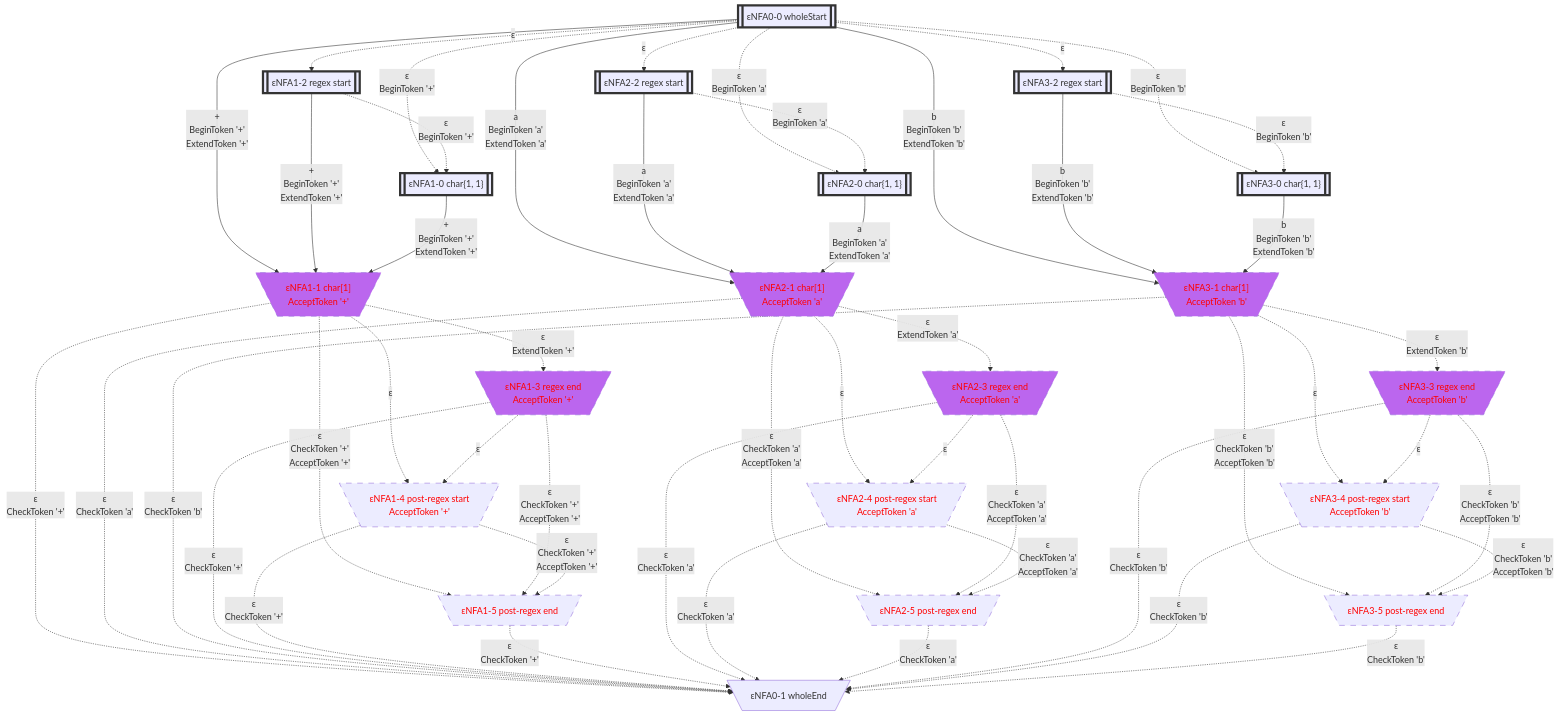
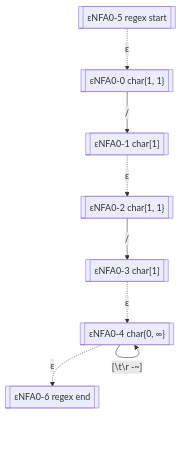
Before and after one commit to bitzhuwei/GrammarMentor: the ninth of 17 diagrams in Practices/Practice.GeneratedXxxFormat.Test/GeneratedABB/LexicalAnalyzer/README.gen.md, drawn with Mermaid. The commit also changed other lines of this file and 3868 other files, not shown here.

````diff
--- a/Practices/Practice.GeneratedXxxFormat.Test/GeneratedABB/LexicalAnalyzer/README.gen.md
+++ b/Practices/Practice.GeneratedXxxFormat.Test/GeneratedABB/LexicalAnalyzer/README.gen.md
@@ -282,158 +278,18 @@
 classDef c1101 stroke:#333,stroke-width:4px,fill:#BB66EE,color:#FF0000;
 classDef c1110 stroke:#333,stroke-width:4px,fill:#BB66EE,stroke-dasharray: 10 10;
 classDef c1111 stroke:#333,stroke-width:4px,fill:#BB66EE,stroke-dasharray: 10 10,color:#FF0000;
-eNFA0_0_16578980[["εNFA0-0 wholeStart"]]
-class eNFA0_0_16578980 c1000;
-eNFA1_2_720107[["εNFA1-2 regex start"]]
-class eNFA1_2_720107 c1000;
-eNFA2_2_14993092[["εNFA2-2 regex start"]]
-class eNFA2_2_14993092 c1000;
-eNFA3_2_6480969[["εNFA3-2 regex start"]]
-class eNFA3_2_6480969 c1000;
-eNFA1_0_40041277[["εNFA1-0 char{1, 1}"]]
-class eNFA1_0_40041277 c1000;
-eNFA2_0_46729429[["εNFA2-0 char{1, 1}"]]
-class eNFA2_0_46729429 c1000;
-eNFA3_0_38496415[["εNFA3-0 char{1, 1}"]]
-class eNFA3_0_38496415 c1000;
-eNFA1_1_24827179[\"εNFA1-1 char[1]
-AcceptToken '+'"/]
-class eNFA1_1_24827179 c0111;
-eNFA2_1_17911681[\"εNFA2-1 char[1]
-AcceptToken 'a'"/]
-class eNFA2_1_17911681 c0111;
-eNFA3_1_10923418[\"εNFA3-1 char[1]
-AcceptToken 'b'"/]
-class eNFA3_1_10923418 c0111;
-eNFA1_3_22118023[\"εNFA1-3 regex end
-AcceptToken '+'"/]
-class eNFA1_3_22118023 c0111;
-eNFA1_4_64844482[\"εNFA1-4 post-regex start
-AcceptToken '+'"/]
-class eNFA1_4_64844482 c0011;
-eNFA1_5_27006480[\"εNFA1-5 post-regex end"/]
-class eNFA1_5_27006480 c0011;
-eNFA0_1_55196503[\"εNFA0-1 wholeEnd"/]
-eNFA2_3_26987408[\"εNFA2-3 regex end
-AcceptToken 'a'"/]
-class eNFA2_3_26987408 c0111;
-eNFA2_4_41560081[\"εNFA2-4 post-regex start
-AcceptToken 'a'"/]
-class eNFA2_4_41560081 c0011;
-eNFA2_5_58328727[\"εNFA2-5 post-regex end"/]
-class eNFA2_5_58328727 c0011;
-eNFA3_3_31201899[\"εNFA3-3 regex end
-AcceptToken 'b'"/]
-class eNFA3_3_31201899 c0111;
-eNFA3_4_12381635[\"εNFA3-4 post-regex start
-AcceptToken 'b'"/]
-class eNFA3_4_12381635 c0011;
-eNFA3_5_41731733[\"εNFA3-5 post-regex end"/]
-class eNFA3_5_41731733 c0011;
-eNFA0_0_16578980 -.->|"ε"|eNFA1_2_720107
-eNFA0_0_16578980 -.->|"ε"|eNFA2_2_14993092
-eNFA0_0_16578980 -.->|"ε"|eNFA3_2_6480969
-eNFA0_0_16578980 -.->|"ε
-BeginToken '+'"|eNFA1_0_40041277
-eNFA0_0_16578980 -.->|"ε
-BeginToken 'a'"|eNFA2_0_46729429
-eNFA0_0_16578980 -.->|"ε
-BeginToken 'b'"|eNFA3_0_38496415
-eNFA0_0_16578980 -->|"+
-BeginToken '+'
-ExtendToken '+'"|eNFA1_1_24827179
-eNFA0_0_16578980 -->|"a
-BeginToken 'a'
-ExtendToken 'a'"|eNFA2_1_17911681
-eNFA0_0_16578980 -->|"b
-BeginToken 'b'
-ExtendToken 'b'"|eNFA3_1_10923418
-eNFA1_2_720107 -.->|"ε
-BeginToken '+'"|eNFA1_0_40041277
-eNFA1_2_720107 -->|"+
-BeginToken '+'
-ExtendToken '+'"|eNFA1_1_24827179
-eNFA2_2_14993092 -.->|"ε
-BeginToken 'a'"|eNFA2_0_46729429
-eNFA2_2_14993092 -->|"a
-BeginToken 'a'
-ExtendToken 'a'"|eNFA2_1_17911681
-eNFA3_2_6480969 -.->|"ε
-BeginToken 'b'"|eNFA3_0_38496415
-eNFA3_2_6480969 -->|"b
-BeginToken 'b'
-ExtendToken 'b'"|eNFA3_1_10923418
-eNFA1_0_40041277 -->|"+
-BeginToken '+'
-ExtendToken '+'"|eNFA1_1_24827179
-eNFA2_0_46729429 -->|"a
-BeginToken 'a'
-ExtendToken 'a'"|eNFA2_1_17911681
-eNFA3_0_38496415 -->|"b
-BeginToken 'b'
-ExtendToken 'b'"|eNFA3_1_10923418
-eNFA1_1_24827179 -.->|"ε
-ExtendToken '+'"|eNFA1_3_22118023
-eNFA1_1_24827179 -.->|"ε"|eNFA1_4_64844482
-eNFA1_1_24827179 -.->|"ε
-CheckToken '+'
-AcceptToken '+'"|eNFA1_5_27006480
-eNFA1_1_24827179 -.->|"ε
-CheckToken '+'"|eNFA0_1_55196503
-eNFA2_1_17911681 -.->|"ε
-ExtendToken 'a'"|eNFA2_3_26987408
-eNFA2_1_17911681 -.->|"ε"|eNFA2_4_41560081
-eNFA2_1_17911681 -.->|"ε
-CheckToken 'a'
-AcceptToken 'a'"|eNFA2_5_58328727
-eNFA2_1_17911681 -.->|"ε
-CheckToken 'a'"|eNFA0_1_55196503
-eNFA3_1_10923418 -.->|"ε
-ExtendToken 'b'"|eNFA3_3_31201899
-eNFA3_1_10923418 -.->|"ε"|eNFA3_4_12381635
-eNFA3_1_10923418 -.->|"ε
-CheckToken 'b'
-AcceptToken 'b'"|eNFA3_5_41731733
-eNFA3_1_10923418 -.->|"ε
-CheckToken 'b'"|eNFA0_1_55196503
-eNFA1_3_22118023 -.->|"ε"|eNFA1_4_64844482
-eNFA1_3_22118023 -.->|"ε
-CheckToken '+'
-AcceptToken '+'"|eNFA1_5_27006480
-eNFA1_3_22118023 -.->|"ε
-CheckToken '+'"|eNFA0_1_55196503
-eNFA1_4_64844482 -.->|"ε
-CheckToken '+'
-AcceptToken '+'"|eNFA1_5_27006480
-eNFA1_4_64844482 -.->|"ε
-CheckToken '+'"|eNFA0_1_55196503
-eNFA1_5_27006480 -.->|"ε
-CheckToken '+'"|eNFA0_1_55196503
-eNFA2_3_26987408 -.->|"ε"|eNFA2_4_41560081
-eNFA2_3_26987408 -.->|"ε
-CheckToken 'a'
-AcceptToken 'a'"|eNFA2_5_58328727
-eNFA2_3_26987408 -.->|"ε
-CheckToken 'a'"|eNFA0_1_55196503
-eNFA2_4_41560081 -.->|"ε
-CheckToken 'a'
-AcceptToken 'a'"|eNFA2_5_58328727
-eNFA2_4_41560081 -.->|"ε
-CheckToken 'a'"|eNFA0_1_55196503
-eNFA2_5_58328727 -.->|"ε
-CheckToken 'a'"|eNFA0_1_55196503
-eNFA3_3_31201899 -.->|"ε"|eNFA3_4_12381635
-eNFA3_3_31201899 -.->|"ε
-CheckToken 'b'
-AcceptToken 'b'"|eNFA3_5_41731733
-eNFA3_3_31201899 -.->|"ε
-CheckToken 'b'"|eNFA0_1_55196503
-eNFA3_4_12381635 -.->|"ε
-CheckToken 'b'
-AcceptToken 'b'"|eNFA3_5_41731733
-eNFA3_4_12381635 -.->|"ε
-CheckToken 'b'"|eNFA0_1_55196503
-eNFA3_5_41731733 -.->|"ε
-CheckToken 'b'"|eNFA0_1_55196503
-
+eNFA0_5_9381496[["εNFA0-5 regex start"]]
+eNFA0_0_17324607[["εNFA0-0 char{1, 1}"]]
+eNFA0_1_21703739[["εNFA0-1 char[1]"]]
+eNFA0_2_61115925[["εNFA0-2 char{1, 1}"]]
+eNFA0_3_33420276[["εNFA0-3 char[1]"]]
+eNFA0_4_32347029[["εNFA0-4 char{0, ∞}"]]
+eNFA0_6_22687807[["εNFA0-6 regex end"]]
+eNFA0_5_9381496 -.->|"ε"|eNFA0_0_17324607
+eNFA0_0_17324607 -->|"/"|eNFA0_1_21703739
+eNFA0_1_21703739 -.->|"ε"|eNFA0_2_61115925
+eNFA0_2_61115925 -->|"/"|eNFA0_3_33420276
+eNFA0_3_33420276 -.->|"ε"|eNFA0_4_32347029
+eNFA0_4_32347029 -->|"[#92;t#92;r#32;-~]"|eNFA0_4_32347029
+eNFA0_4_32347029 -.->|"ε"|eNFA0_6_22687807
 ```
````
